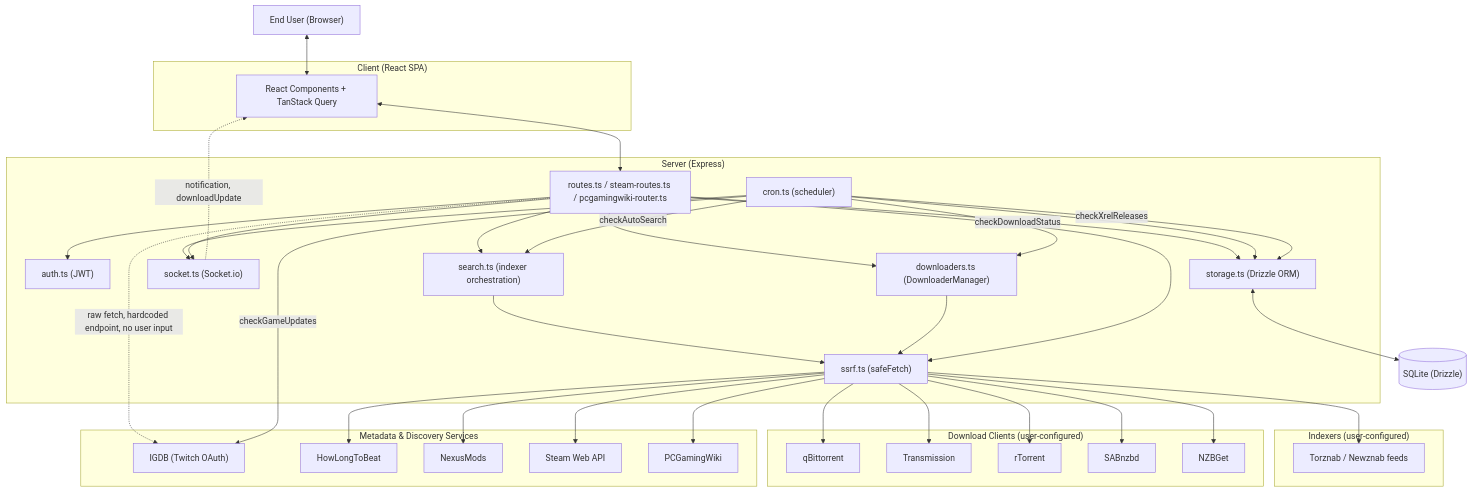
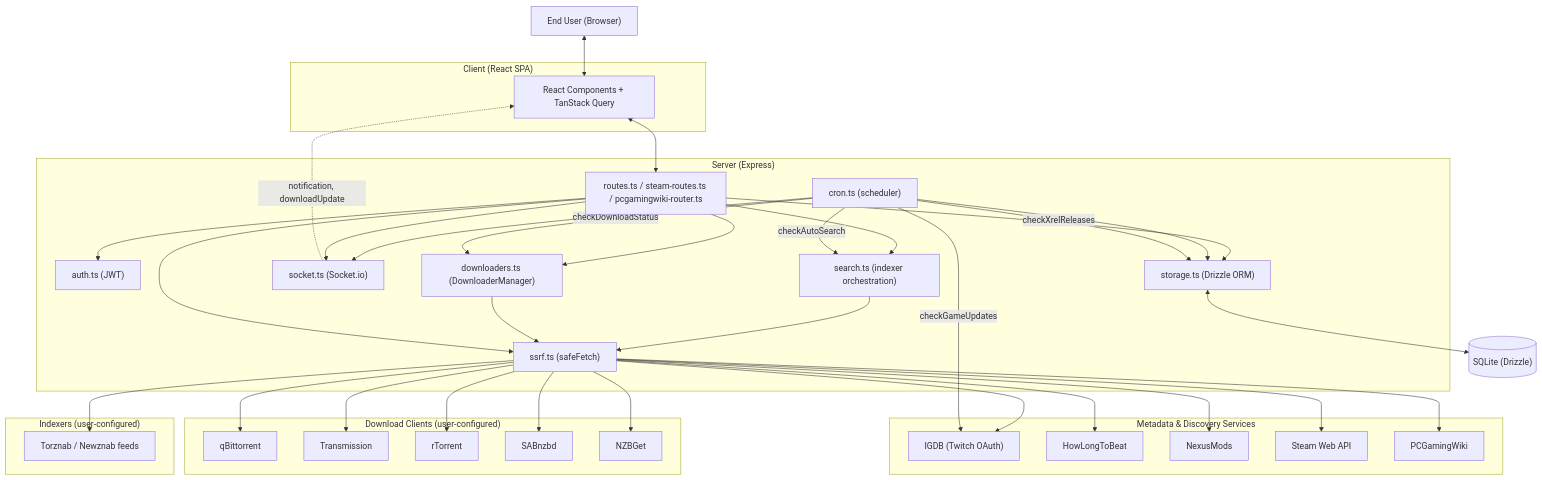
The first of 2 diagrams in docs/ARCHITECTURE.md (Doezer/Questarr), drawn with Mermaid before and after one commit. The commit also changed other lines of this file and 3 other files, not shown here.

````diff
--- a/docs/ARCHITECTURE.md
+++ b/docs/ARCHITECTURE.md
@@ -58,72 +58,72 @@
 ```mermaid
 flowchart TB
     User["End User (Browser)"]
 
     subgraph Client["Client (React SPA)"]
         UI["React Components + TanStack Query"]
     end
 
     subgraph Server["Server (Express)"]
         Routes["routes.ts / steam-routes.ts / pcgamingwiki-router.ts"]
         Auth["auth.ts (JWT)"]
         Storage["storage.ts (Drizzle ORM)"]
         SSRF["ssrf.ts (safeFetch)"]
         Cron["cron.ts (scheduler)"]
         Socket["socket.ts (Socket.io)"]
         SearchOrch["search.ts (indexer orchestration)"]
         DLManager["downloaders.ts (DownloaderManager)"]
     end
 
     DB[("SQLite (Drizzle)")]
 
     subgraph Metadata["Metadata & Discovery Services"]
         IGDB["IGDB (Twitch OAuth)"]
         HLTB["HowLongToBeat"]
         Nexus["NexusMods"]
         Steam["Steam Web API"]
         PCGW["PCGamingWiki"]
     end
 
     subgraph Indexers["Indexers (user-configured)"]
         Torznab["Torznab / Newznab feeds"]
     end
 
     subgraph Downloaders["Download Clients (user-configured)"]
         QB["qBittorrent"]
         TR["Transmission"]
         RT["rTorrent"]
         SAB["SABnzbd"]
         NZB["NZBGet"]
     end
 
     User <--> UI
     UI <--> Routes
     Routes --> Auth
     Routes --> Storage
     Storage <--> DB
     Routes --> SearchOrch
     SearchOrch --> SSRF
     SSRF --> Torznab
     Routes --> DLManager
     DLManager --> SSRF
     SSRF --> QB
     SSRF --> TR
     SSRF --> RT
     SSRF --> SAB
     SSRF --> NZB
     Routes --> SSRF
     SSRF --> HLTB
     SSRF --> Nexus
     SSRF --> Steam
     SSRF --> PCGW
-    Routes -.->|raw fetch, hardcoded endpoint, no user input| IGDB
+    SSRF --> IGDB
 
     Cron --> Storage
     Cron -->|checkGameUpdates| IGDB
     Cron -->|checkAutoSearch| SearchOrch
     Cron -->|checkDownloadStatus| DLManager
     Cron -->|checkXrelReleases| Storage
     Cron --> Socket
     Routes --> Socket
     Socket -.->|notification, downloadUpdate| UI
 ```
````
